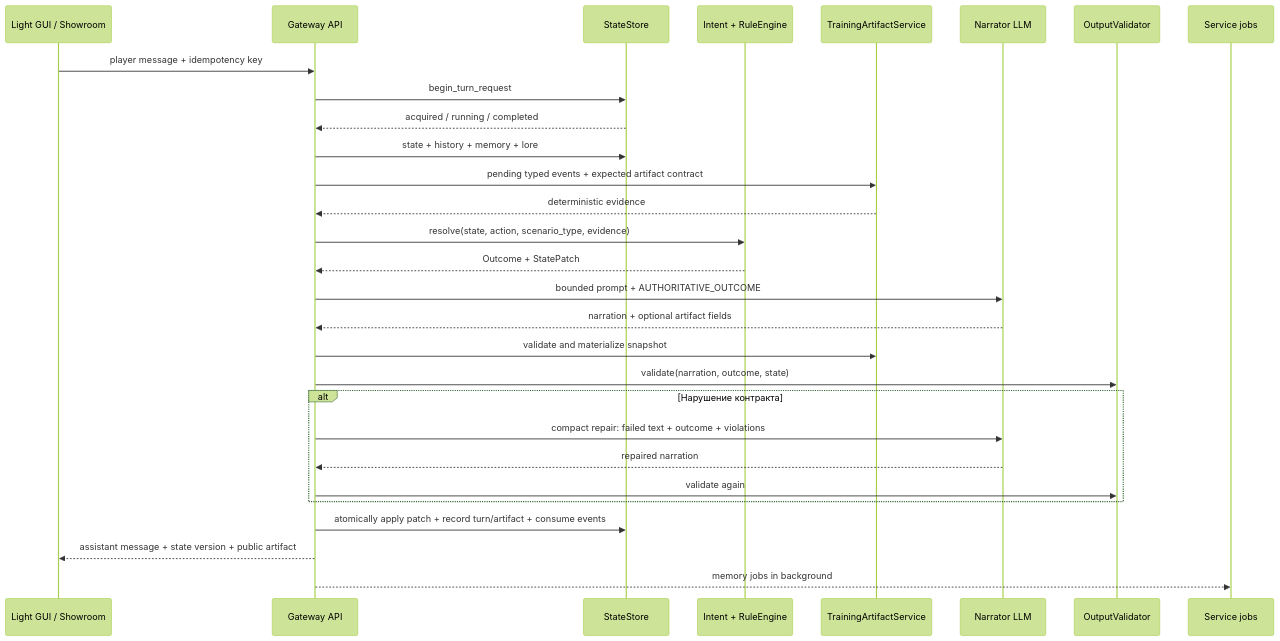
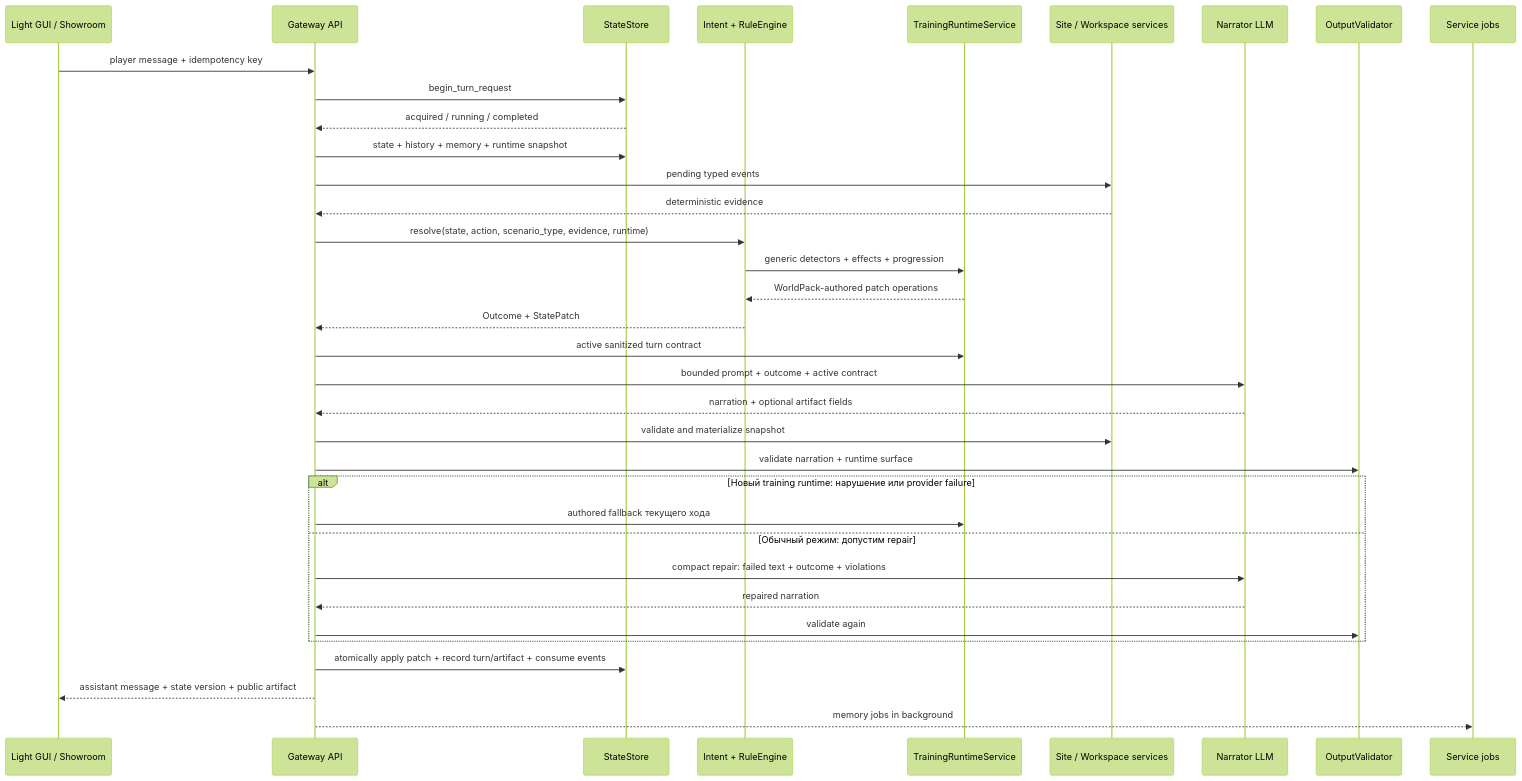
Before and after one commit to abykovwww-byte/ubuntu_ansible_palybooks: the first of 2 diagrams in docs/wiki/03-turn-lifecycle.md, drawn with Mermaid (forest theme). The commit also changed other lines of this file and 30 other files, not shown here.

Commit message:
feat(rp-stack): make training runtime worldpack-owned

````diff
--- a/docs/wiki/03-turn-lifecycle.md
+++ b/docs/wiki/03-turn-lifecycle.md
@@ -7,32 +7,38 @@
 ```mermaid
 sequenceDiagram
     participant UI as Light GUI / Showroom
     participant API as Gateway API
     participant Store as StateStore
     participant Rules as Intent + RuleEngine
-    participant Art as TrainingArtifactService
+    participant Runtime as TrainingRuntimeService
+    participant Art as Site / Workspace services
     participant LLM as Narrator LLM
     participant Val as OutputValidator
     participant Jobs as Service jobs
 
     UI->>API: player message + idempotency key
     API->>Store: begin_turn_request
     Store-->>API: acquired / running / completed
-    API->>Store: state + history + memory + lore
-    API->>Art: pending typed events + expected artifact contract
+    API->>Store: state + history + memory + runtime snapshot
+    API->>Art: pending typed events
     Art-->>API: deterministic evidence
-    API->>Rules: resolve(state, action, scenario_type, evidence)
+    API->>Rules: resolve(state, action, scenario_type, evidence, runtime)
+    Rules->>Runtime: generic detectors + effects + progression
+    Runtime-->>Rules: WorldPack-authored patch operations
     Rules-->>API: Outcome + StatePatch
-    API->>LLM: bounded prompt + AUTHORITATIVE_OUTCOME
+    API->>Runtime: active sanitized turn contract
+    API->>LLM: bounded prompt + outcome + active contract
     LLM-->>API: narration + optional artifact fields
     API->>Art: validate and materialize snapshot
-    API->>Val: validate(narration, outcome, state)
-    alt Нарушение контракта
+    API->>Val: validate narration + runtime surface
+    alt Новый training runtime: нарушение или provider failure
+        API->>Runtime: authored fallback текущего хода
+    else Обычный режим: допустим repair
         API->>LLM: compact repair: failed text + outcome + violations
         LLM-->>API: repaired narration
         API->>Val: validate again
     end
     API->>Store: atomically apply patch + record turn/artifact + consume events
     API-->>UI: assistant message + state version + public artifact
     API-->>Jobs: memory jobs in background
 ```
````
